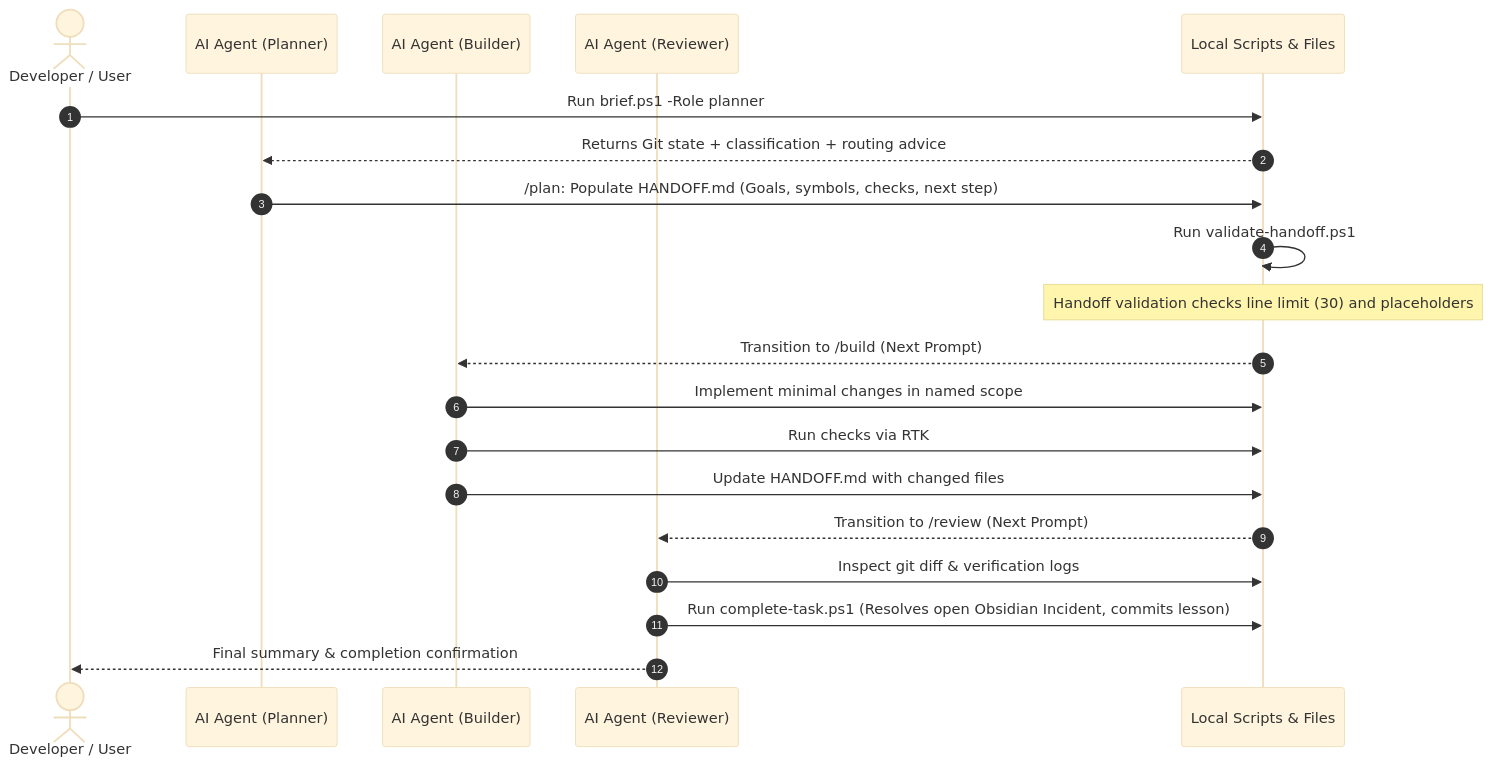
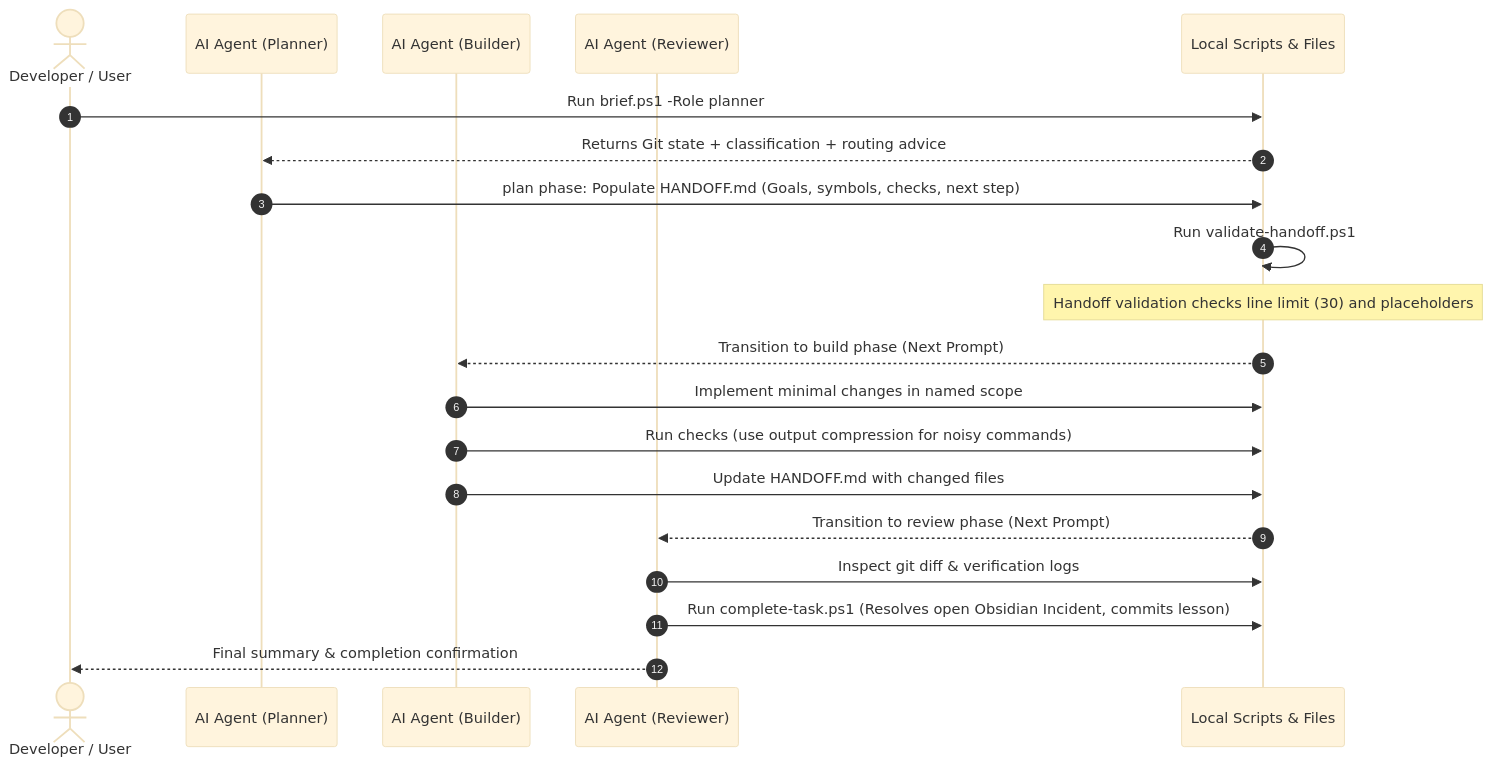
The second of 2 diagrams in README.md (Taki7980/Ai-workflow), drawn with Mermaid (base theme) before and after one commit. The commit also changed other lines of this file and 19 other files, not shown here.

````diff
--- a/README.md
+++ b/README.md
@@ -68,23 +91,23 @@
 ```mermaid
 sequenceDiagram
     autonumber
     actor Dev as Developer / User
     participant Planner as AI Agent (Planner)
     participant Builder as AI Agent (Builder)
     participant Reviewer as AI Agent (Reviewer)
     participant Workspace as Local Scripts & Files
 
     Dev->>Workspace: Run brief.ps1 -Role planner
     Workspace-->>Planner: Returns Git state + classification + routing advice
-    Planner->>Workspace: /plan: Populate HANDOFF.md (Goals, symbols, checks, next step)
+    Planner->>Workspace: plan phase: Populate HANDOFF.md (Goals, symbols, checks, next step)
     Workspace->>Workspace: Run validate-handoff.ps1
     Note over Workspace: Handoff validation checks line limit (30) and placeholders
-    Workspace-->>Builder: Transition to /build (Next Prompt)
+    Workspace-->>Builder: Transition to build phase (Next Prompt)
     Builder->>Workspace: Implement minimal changes in named scope
-    Builder->>Workspace: Run checks via RTK
+    Builder->>Workspace: Run checks (use output compression for noisy commands)
     Builder->>Workspace: Update HANDOFF.md with changed files
-    Workspace-->>Reviewer: Transition to /review (Next Prompt)
+    Workspace-->>Reviewer: Transition to review phase (Next Prompt)
     Reviewer->>Workspace: Inspect git diff & verification logs
     Reviewer->>Workspace: Run complete-task.ps1 (Resolves open Obsidian Incident, commits lesson)
     Reviewer-->>Dev: Final summary & completion confirmation
 ```
````
